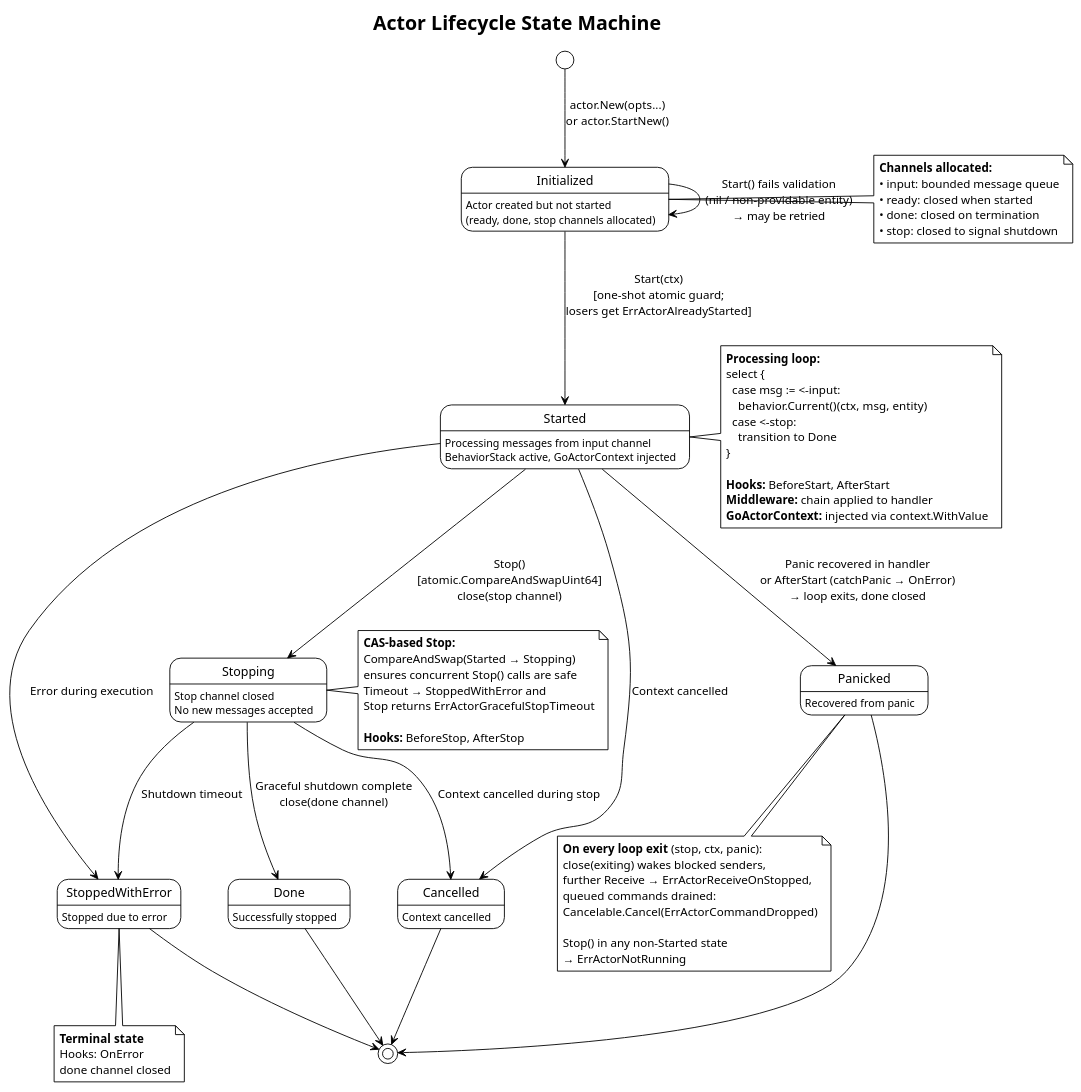
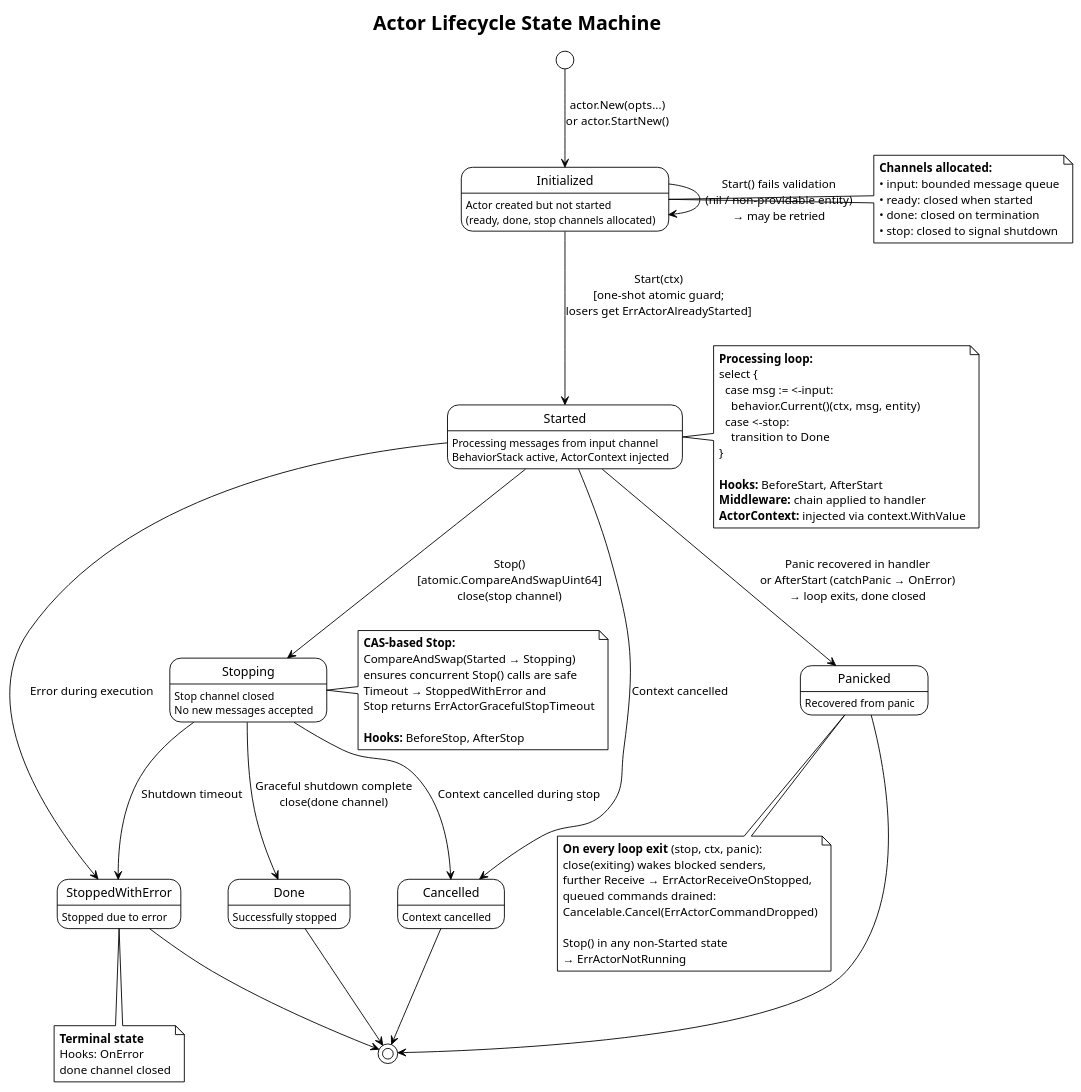
Before and after one commit to barnowlsnest/go-actorlib: the diagram in docs/actor-lifecycle.puml, drawn with PlantUML. The commit also changed 54 other files, not shown here.

```diff
--- a/docs/actor-lifecycle.puml
+++ b/docs/actor-lifecycle.puml
@@ -1,83 +1,83 @@
 @startuml actor-lifecycle
 !theme plain
 skinparam backgroundColor #FFFFFF
 
 title Actor Lifecycle State Machine
 
 state "Initialized" as init : Actor created but not started\n(ready, done, stop channels allocated)
-state "Started" as started : Processing messages from input channel\nBehaviorStack active, GoActorContext injected
+state "Started" as started : Processing messages from input channel\nBehaviorStack active, ActorContext injected
 state "Stopping" as stopping : Stop channel closed\nNo new messages accepted
 state "Done" as done : Successfully stopped
 state "StoppedWithError" as error : Stopped due to error
 state "Cancelled" as cancelled : Context cancelled
 state "Panicked" as panicked : Recovered from panic
 
 [*] --> init : actor.New(opts...)\nor actor.StartNew()
 
 init --> started : Start(ctx)\n[one-shot atomic guard;\nlosers get ErrActorAlreadyStarted]
 init --> init : Start() fails validation\n(nil / non-providable entity)\n→ may be retried
 
 started --> stopping : Stop()\n[atomic.CompareAndSwapUint64]\nclose(stop channel)
 started --> cancelled : Context cancelled
 started --> panicked : Panic recovered in handler\nor AfterStart (catchPanic → OnError)\n→ loop exits, done closed
 started --> error : Error during execution
 
 stopping --> done : Graceful shutdown complete\nclose(done channel)
 stopping --> error : Shutdown timeout
 stopping --> cancelled : Context cancelled during stop
 
 done --> [*]
 error --> [*]
 cancelled --> [*]
 panicked --> [*]
 
 note right of init
   **Channels allocated:**
   • input: bounded message queue
   • ready: closed when started
   • done: closed on termination
   • stop: closed to signal shutdown
 end note
 
 note right of started
   **Processing loop:**
   select {
     case msg := <-input:
       behavior.Current()(ctx, msg, entity)
     case <-stop:
       transition to Done
   }
 
   **Hooks:** BeforeStart, AfterStart
   **Middleware:** chain applied to handler
-  **GoActorContext:** injected via context.WithValue
+  **ActorContext:** injected via context.WithValue
 end note
 
 note right of stopping
   **CAS-based Stop:**
   CompareAndSwap(Started → Stopping)
   ensures concurrent Stop() calls are safe
   Timeout → StoppedWithError and
   Stop returns ErrActorGracefulStopTimeout
 
   **Hooks:** BeforeStop, AfterStop
 end note
 
 note bottom of error
   **Terminal state**
   Hooks: OnError
   done channel closed
 end note
 
 note bottom of panicked
   **On every loop exit** (stop, ctx, panic):
   close(exiting) wakes blocked senders,
   further Receive → ErrActorReceiveOnStopped,
   queued commands drained:
   Cancelable.Cancel(ErrActorCommandDropped)
 
   Stop() in any non-Started state
   → ErrActorNotRunning
 end note
 
 @enduml
```
